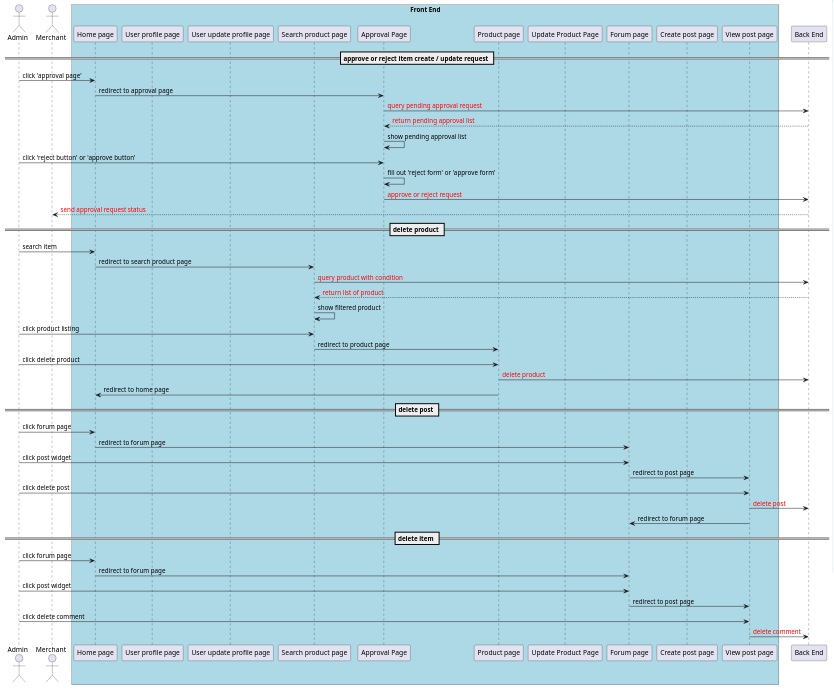
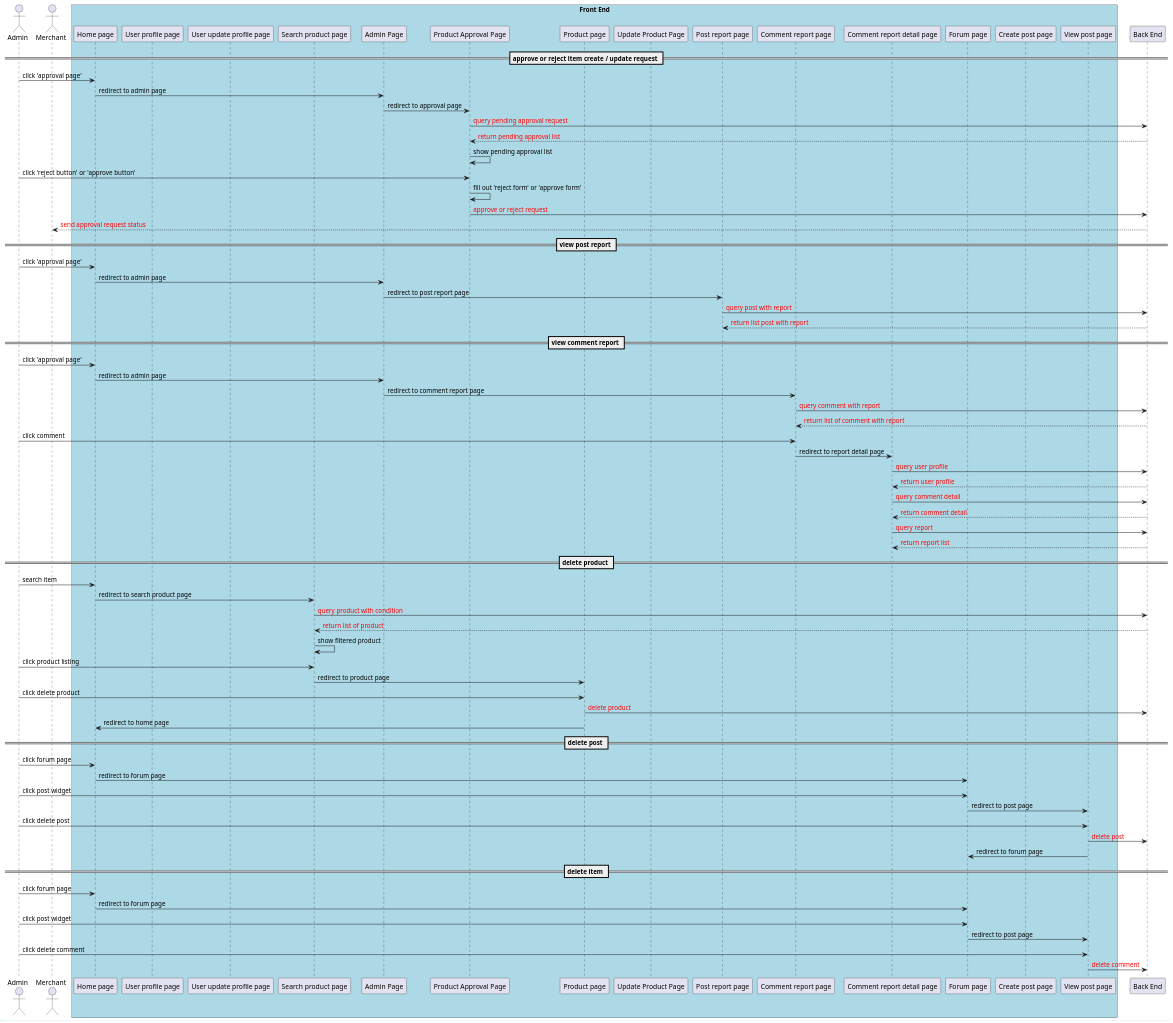
The diagram in uml/sequence diagram/admin perspective.pu (aldihsuhandi/skripsi-2023), drawn with PlantUML before and after one commit.

Commit message:
finish review flow on admin perspective

```diff
--- a/uml/sequence diagram/admin perspective.pu
+++ b/uml/sequence diagram/admin perspective.pu
@@ -1,68 +1,97 @@
 @startuml sequence diagram admin perspective
 
 Actor Admin as a
 Actor Merchant as m
 
 Box "Front End" #LightBlue
 Participant "Home page" as hp
 
 ' account management
 Participant "User profile page" as upp
 Participant "User update profile page" as uupp
 
 ' interaction with product
 Participant "Search product page" as sip
-Participant "Approval Page" as ap
+Participant "Admin Page" as ap
+Participant "Product Approval Page" as pap
 Participant "Product page" as ip
 Participant "Update Product Page" as uip
+
+' report comment and post
+Participant "Post report page" as prp
+Participant "Comment report page" as crp
+Participant "Comment report detail page" as crdp
 
 ' discussion page
 Participant "Forum page" as fp
 Participant "Create post page" as cpp
 Participant "View post page" as vpp
 end Box
 
 ' backend
 Participant "Back End" as be
 
 == approve or reject item create / update request ==
 a -> hp : click 'approval page'
-hp -> ap : redirect to approval page
-ap -> be : <color:red>query pending approval request
-ap <-- be : <color:red>return pending approval list
-ap -> ap : show pending approval list
-a -> ap : click 'reject button' or 'approve button'
-ap -> ap : fill out 'reject form' or 'approve form'
-ap -> be : <color:red>approve or reject request
+hp -> ap : redirect to admin page
+ap -> pap : redirect to approval page
+pap -> be : <color:red>query pending approval request
+pap <-- be : <color:red>return pending approval list
+pap -> pap : show pending approval list
+a -> pap : click 'reject button' or 'approve button'
+pap -> pap : fill out 'reject form' or 'approve form'
+pap -> be : <color:red>approve or reject request
 m <-- be : <color:red>send approval request status
+
+== view post report ==
+a -> hp : click 'approval page'
+hp -> ap : redirect to admin page
+ap -> prp : redirect to post report page
+prp -> be : <color:red>query post with report
+prp <-- be : <color:red>return list post with report
+
+== view comment report ==
+a -> hp : click 'approval page'
+hp -> ap : redirect to admin page
+ap -> crp : redirect to comment report page
+crp -> be : <color:red>query comment with report
+crp <-- be : <color:red>return list of comment with report
+a -> crp : click comment
+crp -> crdp : redirect to report detail page
+crdp -> be : <color:red>query user profile
+crdp <-- be : <color:red>return user profile
+crdp -> be : <color:red>query comment detail
+crdp <-- be : <color:red>return comment detail
+crdp -> be : <color:red>query report
+crdp <-- be : <color:red>return report list
 
 == delete product ==
 a -> hp : search item
 hp -> sip : redirect to search product page
 sip -> be : <color:red>query product with condition
 sip <-- be : <color:red>return list of product
 sip -> sip : show filtered product
 a -> sip : click product listing
 sip -> ip : redirect to product page
 a -> ip : click delete product
 ip -> be : <color:red>delete product
 ip -> hp : redirect to home page
 
 == delete post ==
 a -> hp : click forum page
 hp -> fp : redirect to forum page
 a -> fp : click post widget
 fp -> vpp : redirect to post page
 a -> vpp : click delete post
 vpp -> be : <color:red>delete post
 vpp -> fp : redirect to forum page
 
 == delete item ==
 a -> hp : click forum page
 hp -> fp : redirect to forum page
 a -> fp : click post widget
 fp -> vpp : redirect to post page
 a -> vpp : click delete comment
 vpp -> be : <color:red>delete comment
 
 @enduml
```
